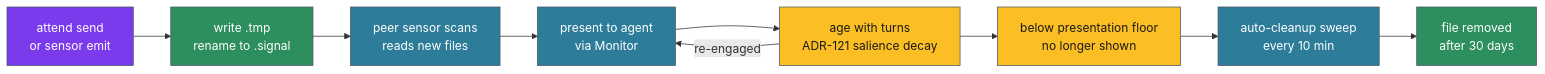
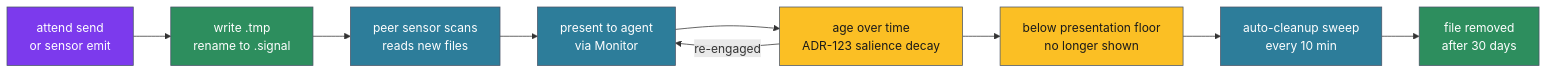
The diagram in docs/attend-and-monitor/signals.md (aaronsb/agent-ways), drawn with Mermaid before and after one commit. The commit also changed other lines of this file and 32 other files, not shown here.

````diff
--- a/docs/attend-and-monitor/signals.md
+++ b/docs/attend-and-monitor/signals.md
@@ -99,31 +99,31 @@
 ```mermaid
 flowchart LR
     Create[attend send<br/>or sensor emit]
     Write[write .tmp<br/>rename to .signal]
     Scan[peer sensor scans<br/>reads new files]
     Present[present to agent<br/>via Monitor]
-    Age[age with turns<br/>ADR-121 salience decay]
+    Age[age over time<br/>ADR-123 salience decay]
     Below[below presentation floor<br/>no longer shown]
     Cleanup[auto-cleanup sweep<br/>every 10 min]
     Delete[file removed<br/>after 30 days]
 
     Create --> Write
     Write --> Scan
     Scan --> Present
     Present --> Age
     Age --> Below
     Age -->|re-engaged| Present
     Below --> Cleanup
     Cleanup --> Delete
 
     classDef core fill:#7c3aed,stroke:#4a5568,color:#ffffff
     classDef process fill:#2d7d9a,stroke:#4a5568,color:#ffffff
     classDef store fill:#2d8e5e,stroke:#4a5568,color:#ffffff
     classDef caution fill:#fbbf24,stroke:#4a5568,color:#1a1a1a
 
     class Create core
     class Write store
     class Scan,Present,Cleanup process
     class Age,Below caution
     class Delete store
 ```
````
